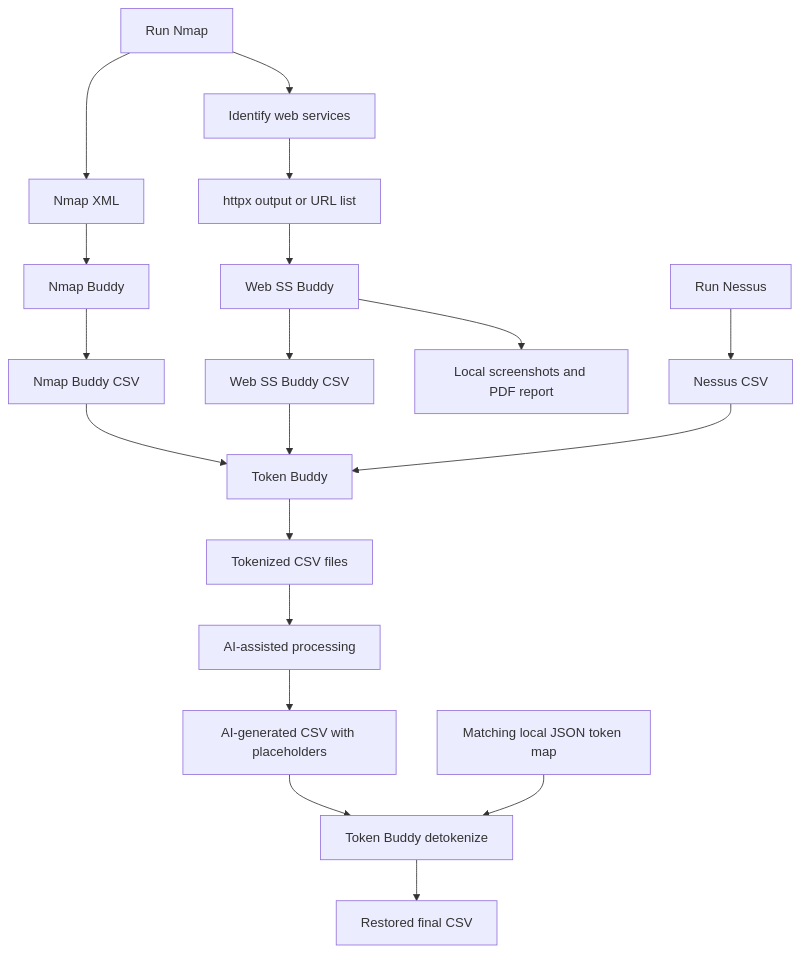
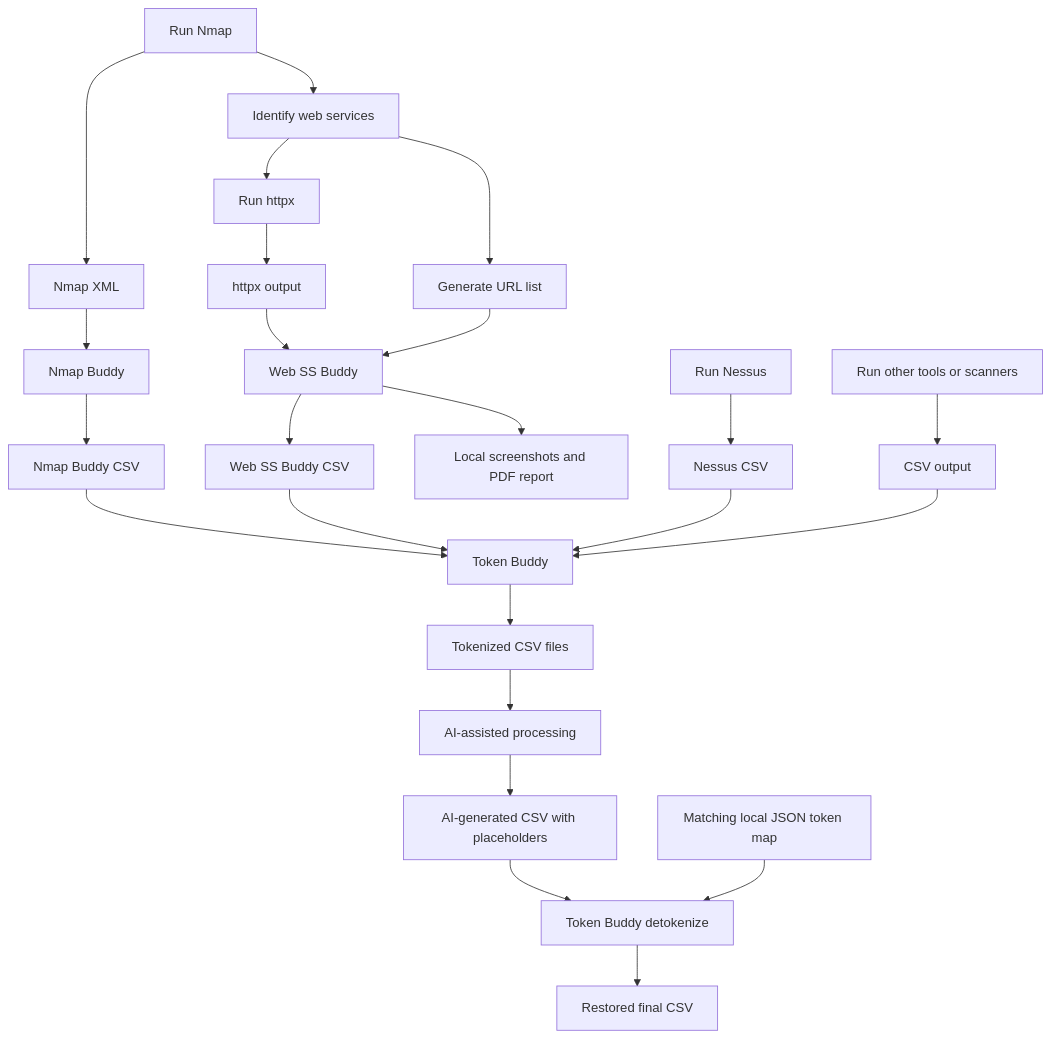
One commit to 0xdbyx/token_buddy changed the diagram in README.md. Above: the diagram before and after it, drawn with Mermaid.

````diff
--- a/README.md
+++ b/README.md
@@ -26,26 +26,33 @@
 ```mermaid
 flowchart TD
     A[Run Nmap] --> B[Nmap XML]
     B --> C[Nmap Buddy]
     C --> D[Nmap Buddy CSV]
 
     A --> E[Identify web services]
-    E --> F[httpx output or URL list]
-    F --> G[Web SS Buddy]
-    G --> H[Web SS Buddy CSV]
-    G --> I[Local screenshots and PDF report]
+    E --> F[Run httpx]
+    F --> G[httpx output]
+    E --> H[Generate URL list]
 
-    J[Run Nessus] --> K[Nessus CSV]
+    G --> I[Web SS Buddy]
+    H --> I
+    I --> J[Web SS Buddy CSV]
+    I --> K[Local screenshots and PDF report]
 
-    D --> L[Token Buddy]
-    H --> L
-    K --> L
+    L[Run Nessus] --> M[Nessus CSV]
 
-    L --> M[Tokenized CSV files]
-    M --> N[AI-assisted processing]
-    N --> O[AI-generated CSV with placeholders]
+    N[Run other tools or scanners] --> O[CSV output]
 
-    O --> P[Token Buddy detokenize]
-    Q[Matching local JSON token map] --> P
-    P --> R[Restored final CSV]
+    D --> P[Token Buddy]
+    J --> P
+    M --> P
+    O --> P
+
+    P --> Q[Tokenized CSV files]
+    Q --> R[AI-assisted processing]
+    R --> S[AI-generated CSV with placeholders]
+
+    S --> T[Token Buddy detokenize]
+    U[Matching local JSON token map] --> T
+    T --> V[Restored final CSV]
 ```
````
